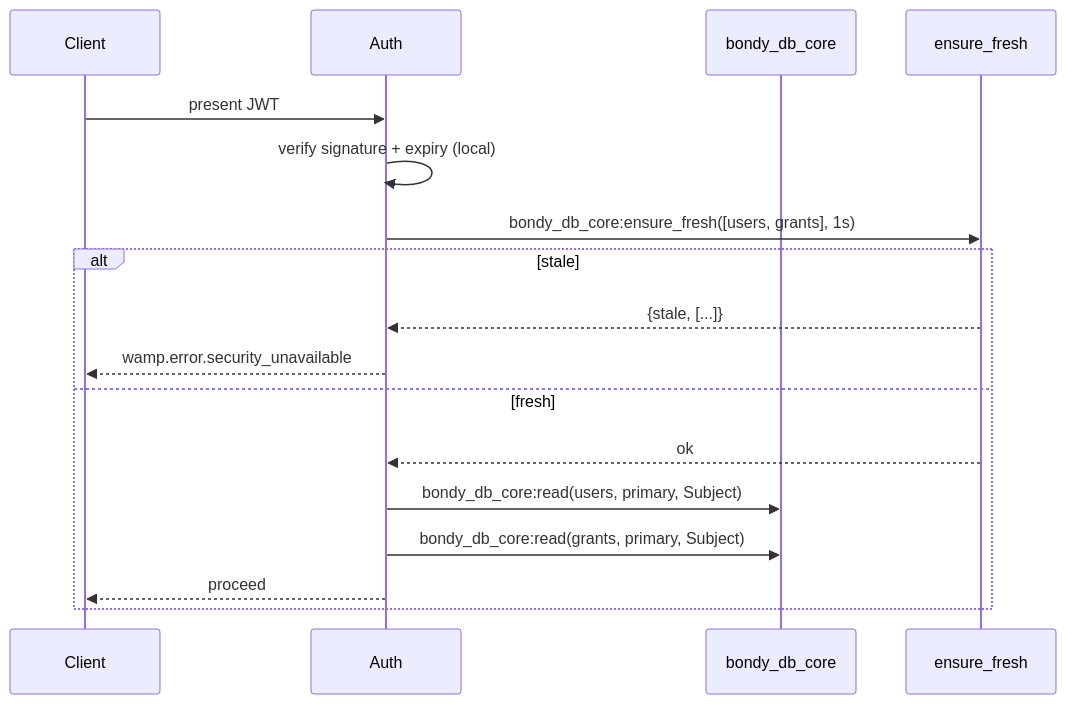
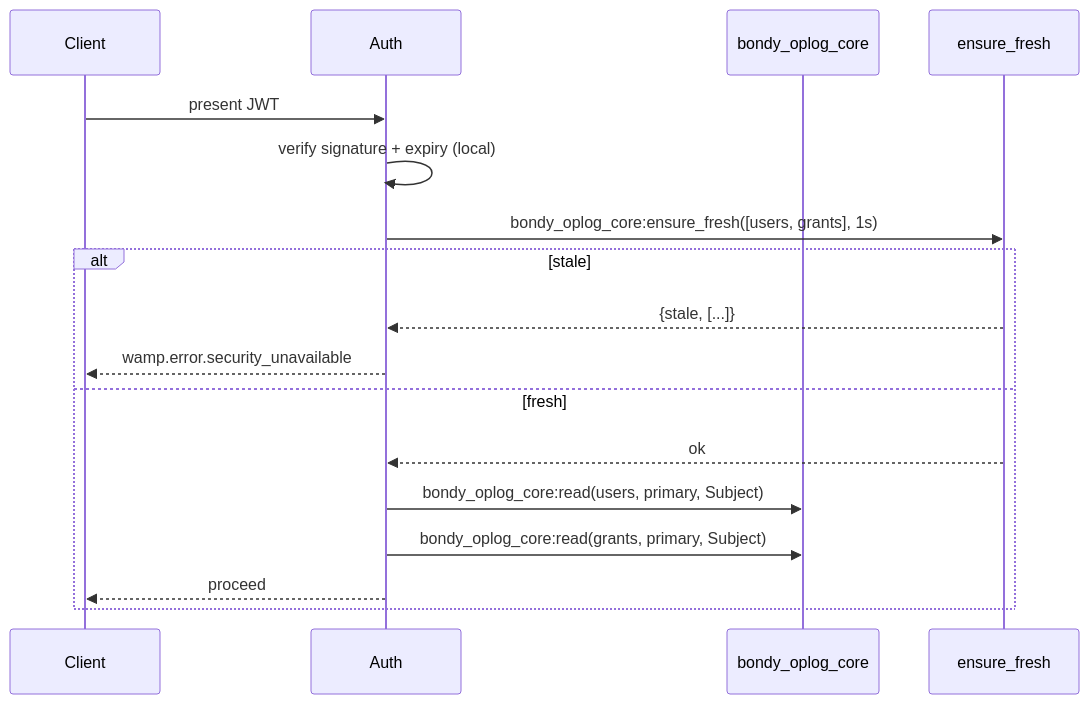
The seventh of 10 diagrams in doc_extras/architecture/03_bondy_db.md (bondy-io/bondy_mst), drawn with Mermaid before and after one commit. The commit also changed other lines of this file and 265 other files, not shown here.

````diff
--- a/doc_extras/architecture/03_bondy_db.md
+++ b/doc_extras/architecture/03_bondy_db.md
@@ -215,20 +215,20 @@
 ```mermaid
 sequenceDiagram
     participant Client
     participant Auth
-    participant Core as bondy_db_core
+    participant Core as bondy_oplog_core
     participant FRESH as ensure_fresh
 
     Client->>Auth: present JWT
     Auth->>Auth: verify signature + expiry (local)
-    Auth->>FRESH: bondy_db_core:ensure_fresh([users, grants], 1s)
+    Auth->>FRESH: bondy_oplog_core:ensure_fresh([users, grants], 1s)
     alt stale
         FRESH-->>Auth: {stale, [...]}
         Auth-->>Client: wamp.error.security_unavailable
     else fresh
         FRESH-->>Auth: ok
-        Auth->>Core: bondy_db_core:read(users, primary, Subject)
-        Auth->>Core: bondy_db_core:read(grants, primary, Subject)
+        Auth->>Core: bondy_oplog_core:read(users, primary, Subject)
+        Auth->>Core: bondy_oplog_core:read(grants, primary, Subject)
         Auth-->>Client: proceed
     end
 ```
````
